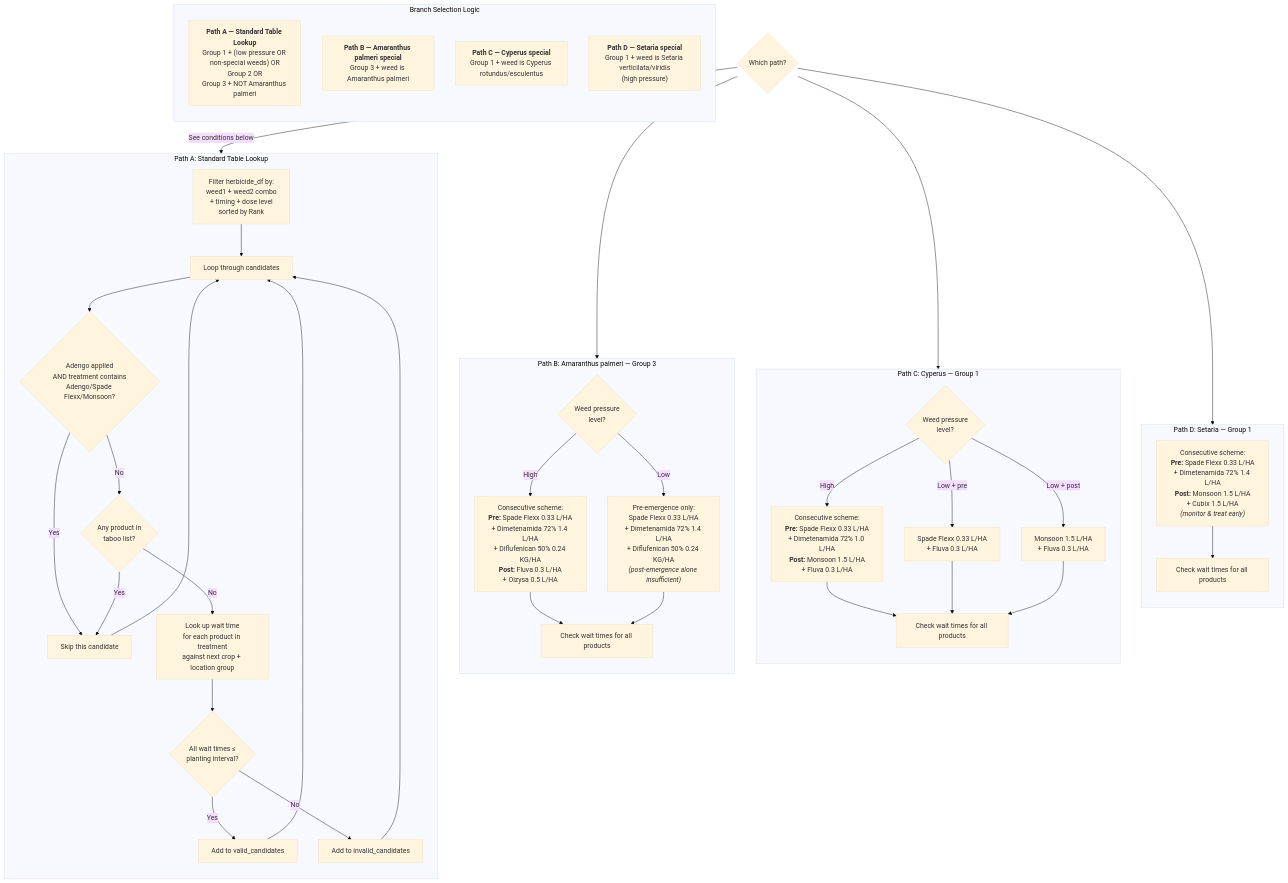
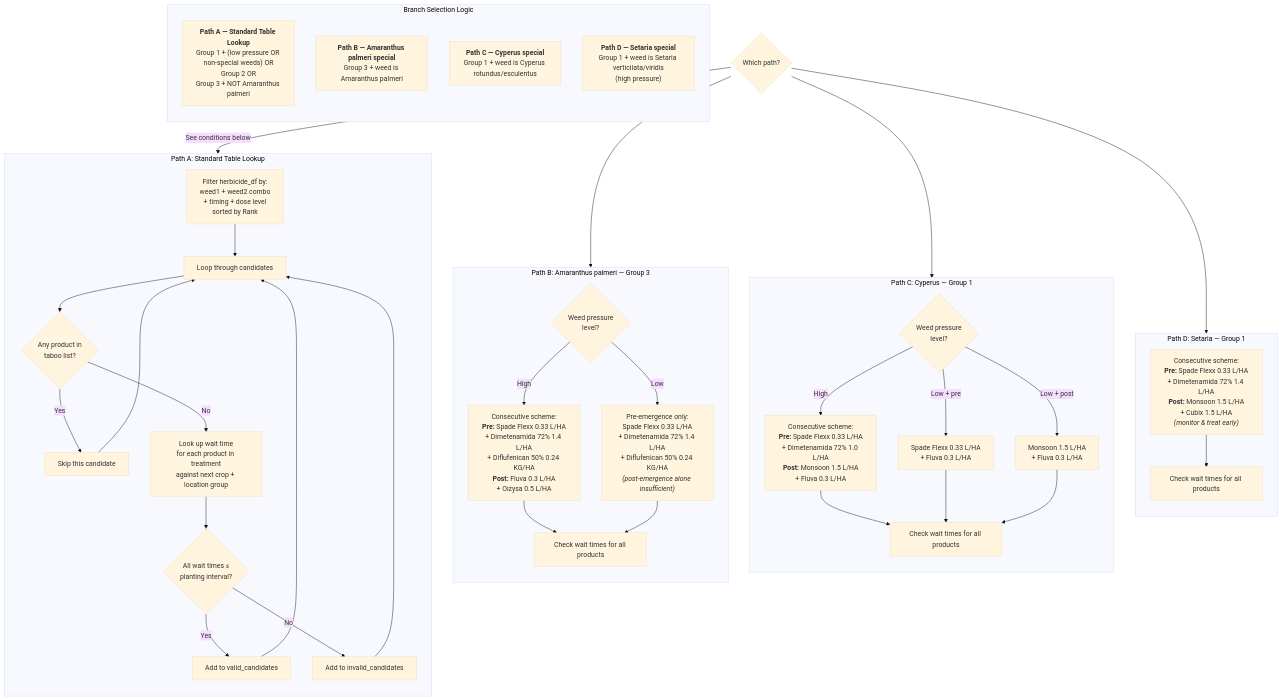
One commit to dishiliu2023/bedrock-herbicide-agent-ESP changed the fourth of 6 diagrams in decision_flowchart.md. Above: the diagram before and after it, drawn with Mermaid (base theme). The commit also changed other lines of this file and 8 other files, not shown here.

First line of the commit message:
Remove adengo_was_applied (last-season) restriction

````diff
--- a/decision_flowchart.md
+++ b/decision_flowchart.md
@@ -109,57 +109,55 @@
 ```mermaid
 flowchart TD
     MAIN{Which path?} -->|See conditions below| PATH_A
     MAIN --> PATH_B
     MAIN --> PATH_C
     MAIN --> PATH_D
 
     subgraph CONDITIONS [Branch Selection Logic]
         direction TB
         NOTE1["<b>Path A — Standard Table Lookup</b><br>Group 1 + (low pressure OR non-special weeds) OR<br>Group 2 OR<br>Group 3 + NOT Amaranthus palmeri"]
         NOTE2["<b>Path B — Amaranthus palmeri special</b><br>Group 3 + weed is Amaranthus palmeri"]
         NOTE3["<b>Path C — Cyperus special</b><br>Group 1 + weed is Cyperus rotundus/esculentus"]
         NOTE4["<b>Path D — Setaria special</b><br>Group 1 + weed is Setaria verticilata/viridis<br>(high pressure)"]
     end
 
     subgraph PATH_A [Path A: Standard Table Lookup]
         direction TB
         A1[Filter herbicide_df by:<br>weed1 + weed2 combo<br>+ timing + dose level<br>sorted by Rank] --> A2[Loop through candidates]
-        A2 --> A3{Adengo applied<br>AND treatment contains<br>Adengo/Spade Flexx/Monsoon?}
-        A3 -->|Yes| A_SKIP[Skip this candidate]
-        A3 -->|No| A4{Any product in<br>taboo list?}
-        A4 -->|Yes| A_SKIP
+        A2 --> A4{Any product in<br>taboo list?}
+        A4 -->|Yes| A_SKIP[Skip this candidate]
         A4 -->|No| A5[Look up wait time<br>for each product in treatment<br>against next crop + location group]
         A5 --> A6{All wait times ≤<br>planting interval?}
         A6 -->|Yes| A_VALID[Add to valid_candidates]
         A6 -->|No| A_INVALID[Add to invalid_candidates]
         A_SKIP --> A2
         A_VALID --> A2
         A_INVALID --> A2
     end
 
     subgraph PATH_B [Path B: Amaranthus palmeri — Group 3]
         direction TB
         B1{Weed pressure<br>level?}
         B1 -->|High| B_HIGH["Consecutive scheme:<br><b>Pre:</b> Spade Flexx 0.33 L/HA<br>+ Dimetenamida 72% 1.4 L/HA<br>+ Diflufenican 50% 0.24 KG/HA<br><b>Post:</b> Fluva 0.3 L/HA<br>+ Oizysa 0.5 L/HA"]
         B1 -->|Low| B_LOW["Pre-emergence only:<br>Spade Flexx 0.33 L/HA<br>+ Dimetenamida 72% 1.4 L/HA<br>+ Diflufenican 50% 0.24 KG/HA<br><i>(post-emergence alone insufficient)</i>"]
         B_HIGH --> B_WAIT[Check wait times for all products]
         B_LOW --> B_WAIT
     end
 
     subgraph PATH_C [Path C: Cyperus — Group 1]
         direction TB
         C1{Weed pressure<br>level?}
         C1 -->|High| C_HIGH["Consecutive scheme:<br><b>Pre:</b> Spade Flexx 0.33 L/HA<br>+ Dimetenamida 72% 1.0 L/HA<br><b>Post:</b> Monsoon 1.5 L/HA<br>+ Fluva 0.3 L/HA"]
         C1 -->|Low + pre| C_PRE["Spade Flexx 0.33 L/HA<br>+ Fluva 0.3 L/HA"]
         C1 -->|Low + post| C_POST["Monsoon 1.5 L/HA<br>+ Fluva 0.3 L/HA"]
         C_HIGH --> C_WAIT[Check wait times for all products]
         C_PRE --> C_WAIT
         C_POST --> C_WAIT
     end
 
     subgraph PATH_D [Path D: Setaria — Group 1]
         direction TB
         D1["Consecutive scheme:<br><b>Pre:</b> Spade Flexx 0.33 L/HA<br>+ Dimetenamida 72% 1.4 L/HA<br><b>Post:</b> Monsoon 1.5 L/HA<br>+ Cubix 1.5 L/HA<br><i>(monitor & treat early)</i>"]
         D1 --> D_WAIT[Check wait times for all products]
     end
 ```
````
